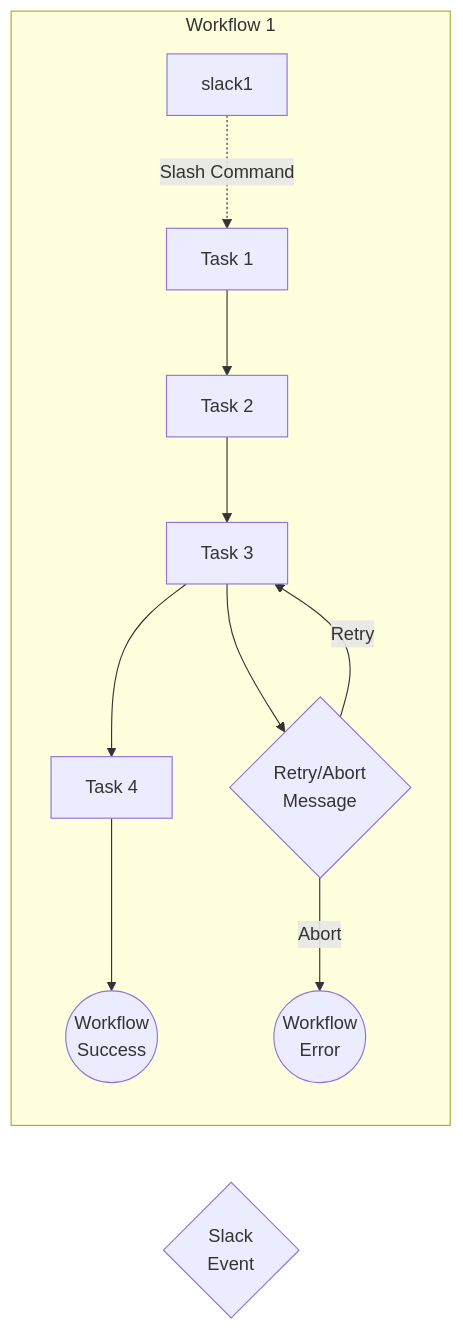
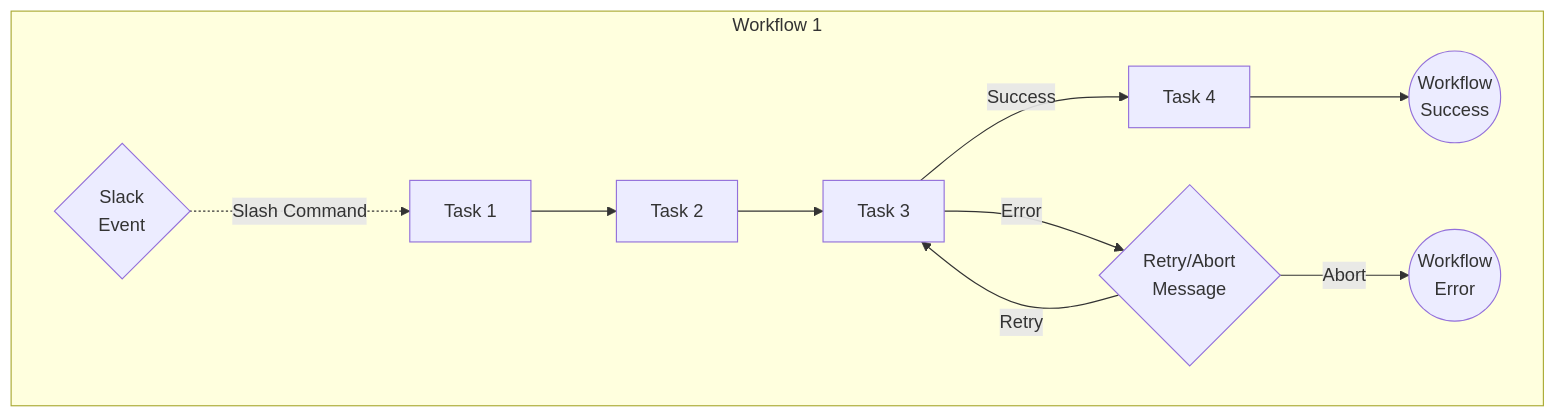
The first of 2 diagrams in task_chain/README.md (autokitteh/kittehub), drawn with Mermaid before and after one commit.

Commit message:
Fix flowchart

````diff
--- a/task_chain/README.md
+++ b/task_chain/README.md
@@ -15,23 +15,24 @@
 ```mermaid
 flowchart LR
     slack{"`Slack
     Event`"}
     task1[Task 1]
     task2[Task 2]
     task3[Task 3]
     task4[Task 4]
     message{"`Retry/Abort
     Message`"}
     error(("`Workflow
     Error`"))
     success(("`Workflow
     Success`"))
 
     subgraph Workflow 1
-        slack1 -. Slash Command .-> task1 --> task2 --> task3
-        task3 --> task4 --> success
-        task3 --> message
+        direction LR
+        slack -. Slash Command .-> task1 --> task2 --> task3
+        task3 -- Success --> task4 --> success
+        task3 -- Error --> message
         message -- Retry --> task3
         message -- Abort --> error
     end
 ```
````
